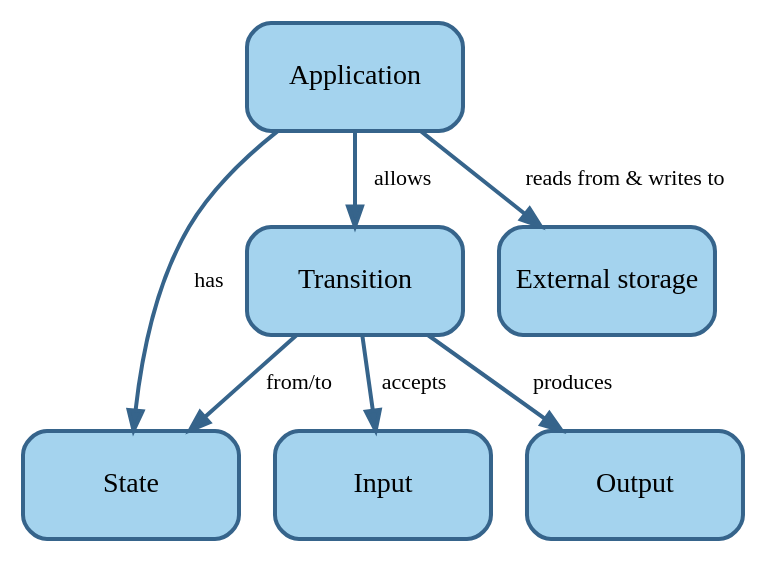
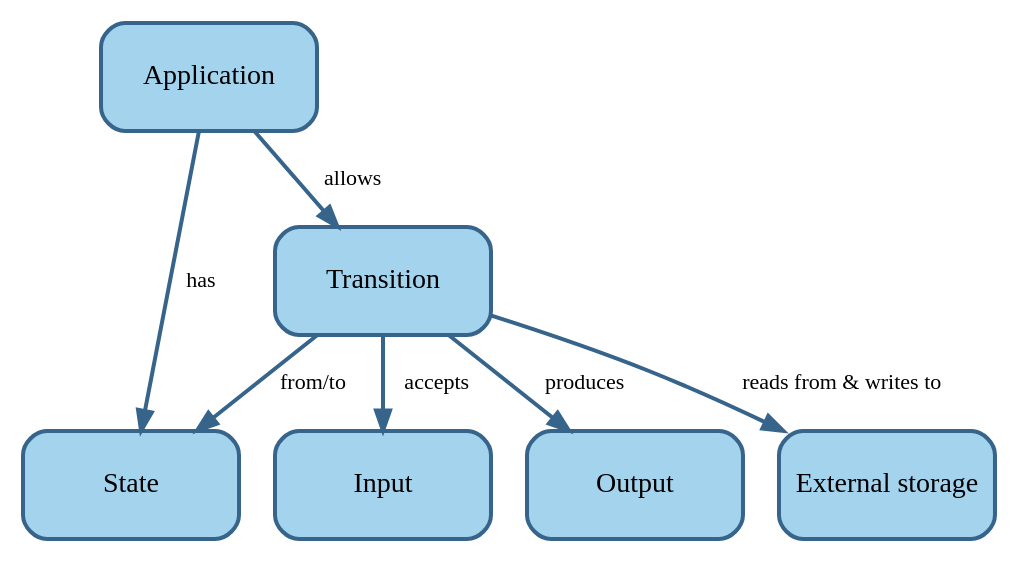
One commit to setms/book changed the fourth of 4 diagrams in docs/introduction/software.md. Above: the diagram before and after it, drawn with Graphviz.

Commit message:
doc: Transition uses external storage, rather than application

````diff
--- a/docs/introduction/software.md
+++ b/docs/introduction/software.md
@@ -324,14 +324,14 @@
 ```dot process
 digraph basic_application_concept_map {
   node [shape=rect, style="rounded,filled", fixedsize=true, width=1.5, height=0.75, fillcolor=lightskyblue2,
     color=steelblue4, penwidth=2];
   edge [fontsize=11, color=steelblue4, penwidth=2];
 
   Application -> State [label="has"];
   Application -> Transition [label="  allows"];
   Transition -> State [label="from/to"];
-  Transition -> Input [label="accepts"];
+  Transition -> Input [label="  accepts"];
   Transition -> Output [label="  produces"];
-  Application -> "External storage" [label="reads from & writes to"];
+  Transition -> "External storage" [label="  reads from & writes to"];
 }
 ```
````
